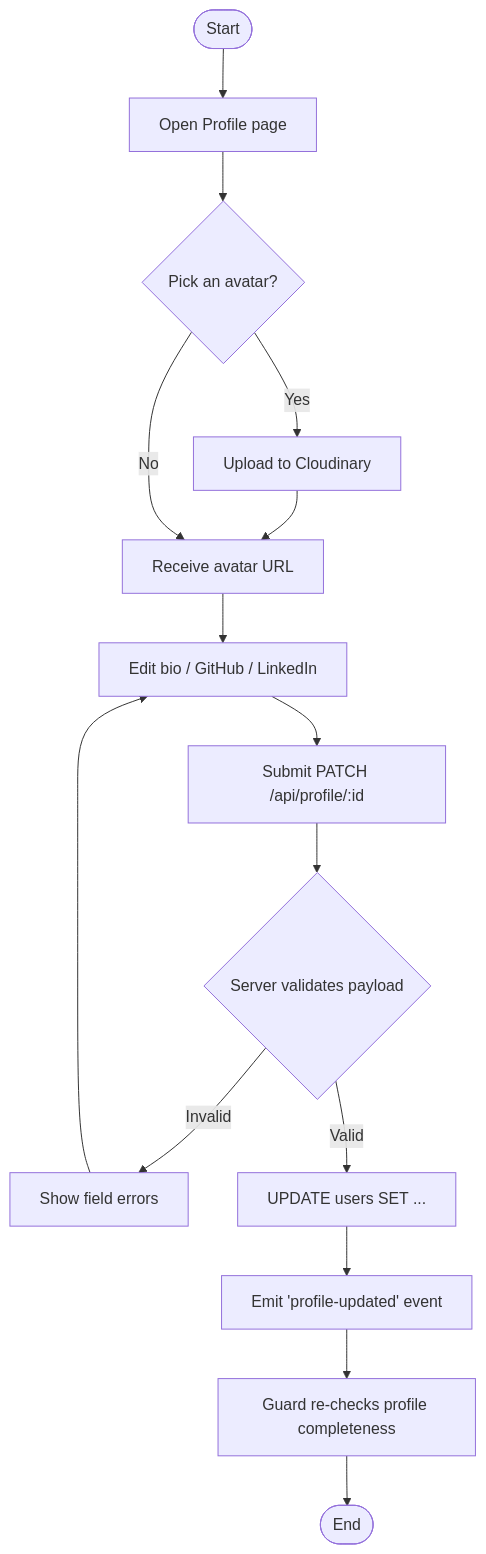
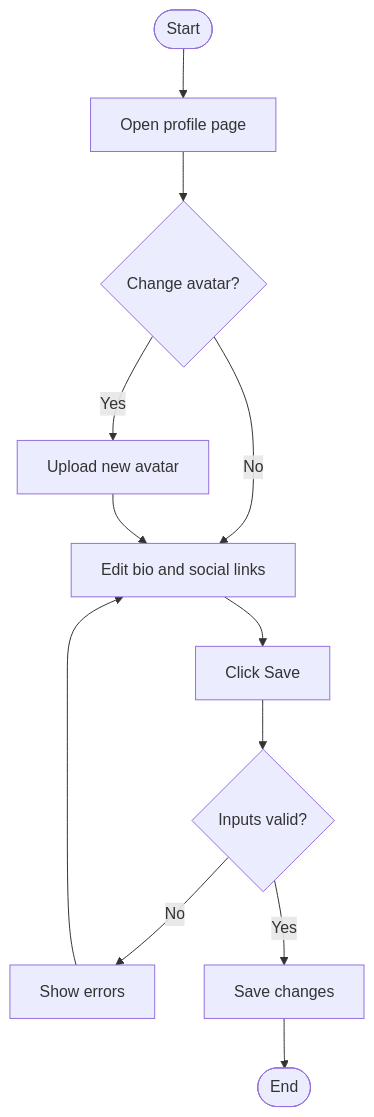
Before and after one commit to MaizaAymen/OmniLearn: the seventh of 11 diagrams in docs/05_chapitre3_sprint1.md, drawn with Mermaid. The commit also changed other lines of this file, not shown here.

````diff
--- a/docs/05_chapitre3_sprint1.md
+++ b/docs/05_chapitre3_sprint1.md
@@ -292,14 +292,13 @@
 ```mermaid
 flowchart TD
-  A([Start]) --> B[Open Profile page]
-  B --> C{Pick an avatar?}
-  C -- Yes --> D[Upload to Cloudinary] --> E[Receive avatar URL]
-  C -- No --> E
-  E --> F[Edit bio / GitHub / LinkedIn]
-  F --> G[Submit PATCH /api/profile/:id]
-  G --> H{Server validates payload}
-  H -- Invalid --> I[Show field errors] --> F
-  H -- Valid --> J[UPDATE users SET ...] --> K[Emit 'profile-updated' event]
-  K --> L[Guard re-checks profile completeness]
-  L --> M([End])
+  A([Start]) --> B[Open profile page]
+  B --> C{Change avatar?}
+  C -- Yes --> D[Upload new avatar]
+  C -- No --> E[Edit bio and social links]
+  D --> E
+  E --> F[Click Save]
+  F --> G{Inputs valid?}
+  G -- No --> H[Show errors] --> E
+  G -- Yes --> I[Save changes]
+  I --> J([End])
 ```
````
